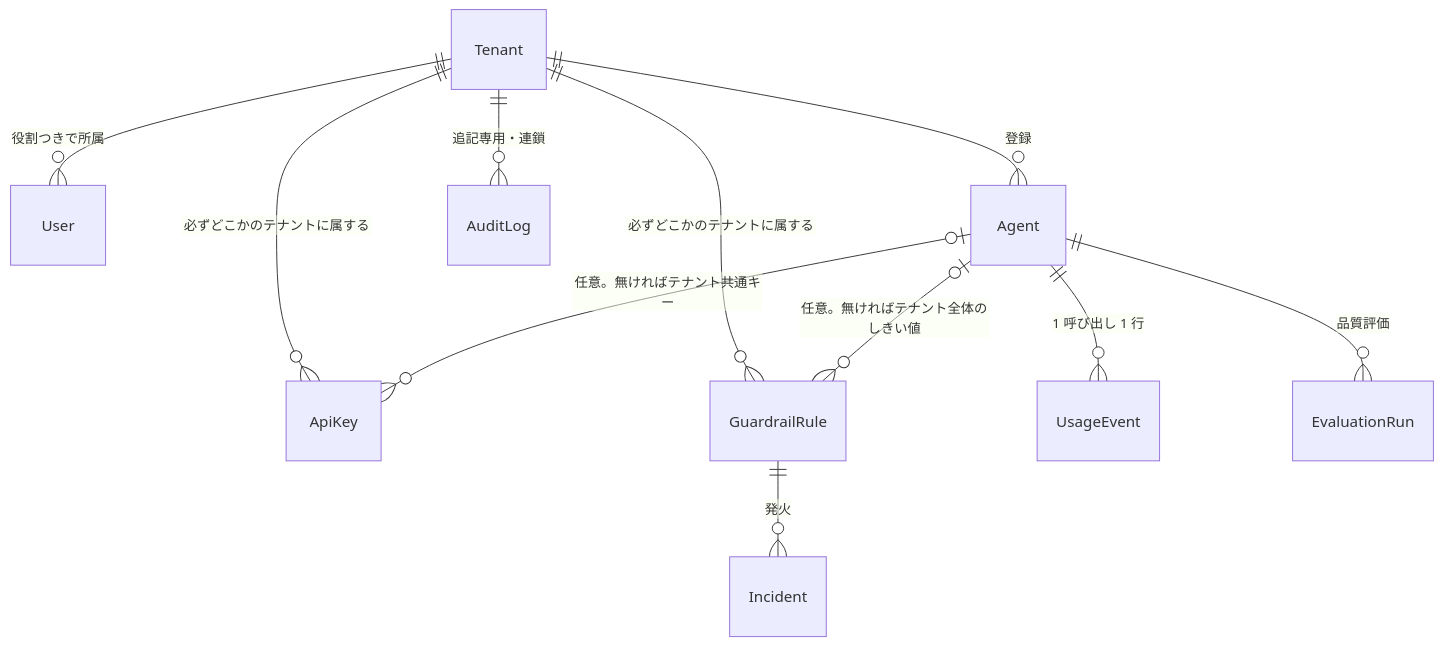
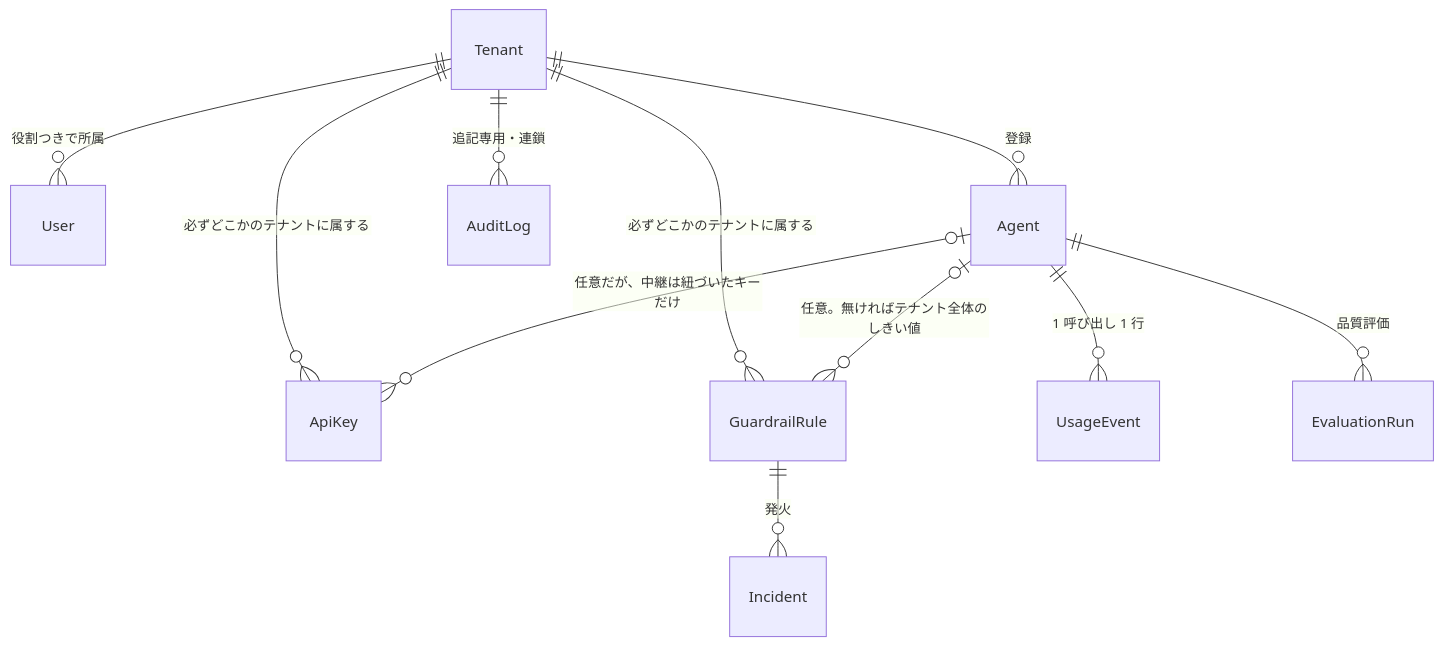
One commit to izumacha/agent-ops changed the fourth of 4 diagrams in docs/overview.md. Above: the diagram before and after it, drawn with Mermaid. The commit also changed other lines of this file, not shown here.

````diff
--- a/docs/overview.md
+++ b/docs/overview.md
@@ -169,13 +170,13 @@
 ```mermaid
 erDiagram
   Tenant ||--o{ User : "役割つきで所属"
   Tenant ||--o{ Agent : "登録"
   Tenant ||--o{ ApiKey : "必ずどこかのテナントに属する"
   Tenant ||--o{ GuardrailRule : "必ずどこかのテナントに属する"
-  Agent |o--o{ ApiKey : "任意。無ければテナント共通キー"
+  Agent |o--o{ ApiKey : "任意だが、中継は紐づいたキーだけ"
   Agent ||--o{ UsageEvent : "1 呼び出し 1 行"
   Agent |o--o{ GuardrailRule : "任意。無ければテナント全体のしきい値"
   GuardrailRule ||--o{ Incident : "発火"
   Agent ||--o{ EvaluationRun : "品質評価"
   Tenant ||--o{ AuditLog : "追記専用・連鎖"
 ```
````
